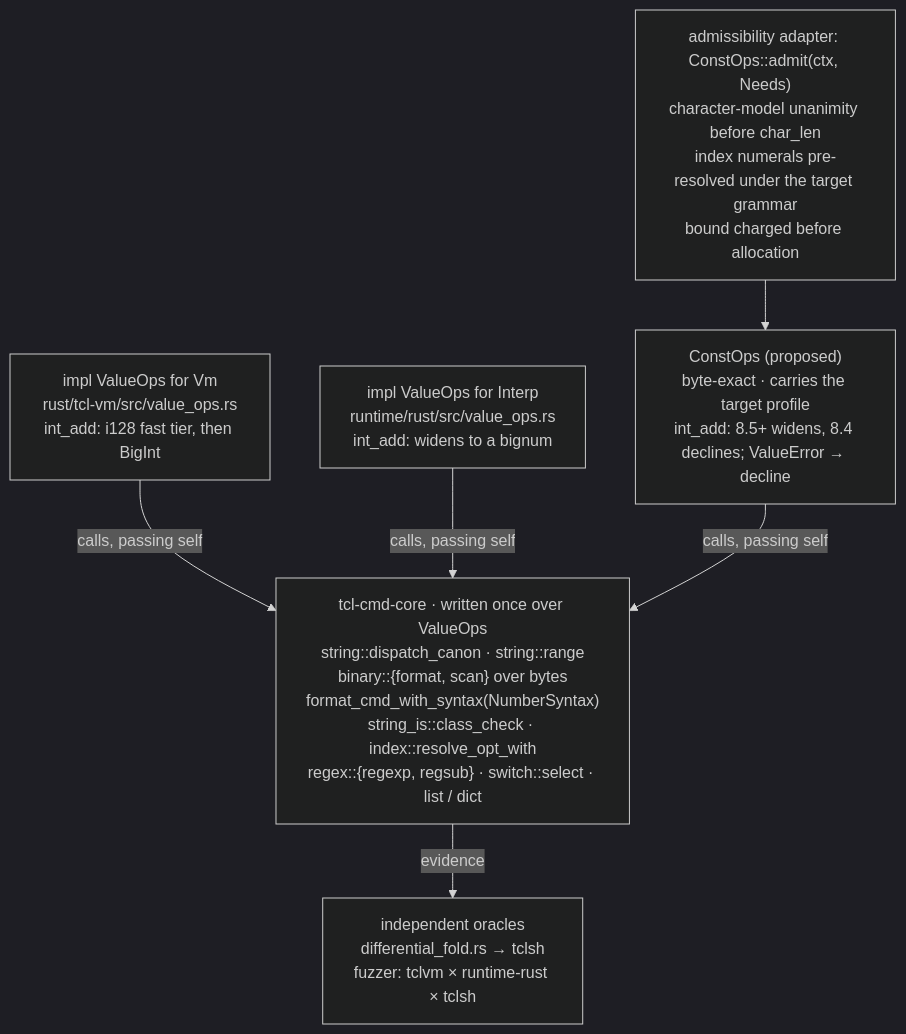
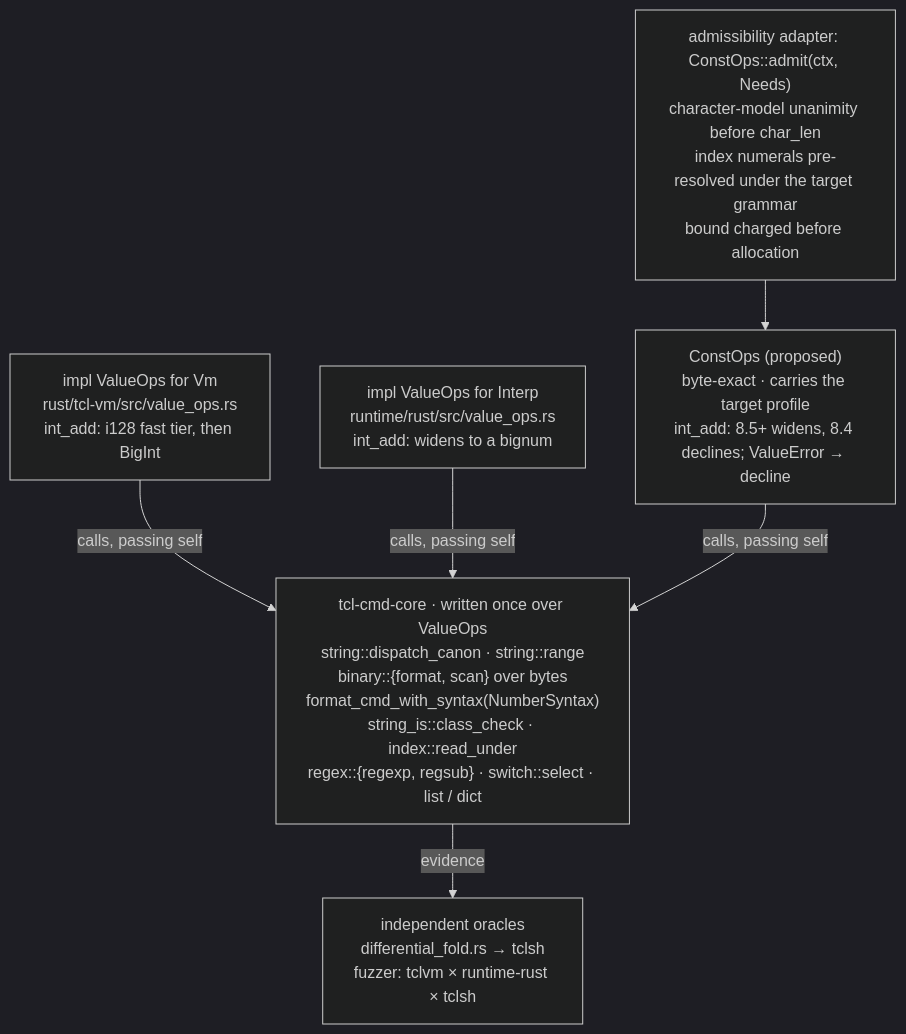
The second of 3 diagrams in docs/design/compiler/value-evaluation.md (bitwisecook/tcl-lsp), drawn with Mermaid (dark theme) before and after one commit. The commit also changed other lines of this file and 21 other files, not shown here.

````diff
--- a/docs/design/compiler/value-evaluation.md
+++ b/docs/design/compiler/value-evaluation.md
@@ -233,12 +233,12 @@
 ```mermaid
 flowchart TB
     VM["impl ValueOps for Vm<br/>rust/tcl-vm/src/value_ops.rs<br/>int_add: i128 fast tier, then BigInt"]
     RT["impl ValueOps for Interp<br/>runtime/rust/src/value_ops.rs<br/>int_add: widens to a bignum"]
     CO["ConstOps (proposed)<br/>byte-exact · carries the target profile<br/>int_add: 8.5+ widens, 8.4 declines; ValueError → decline"]
-    CORE["tcl-cmd-core · written once over ValueOps<br/>string::dispatch_canon · string::range<br/>binary::{format, scan} over bytes<br/>format_cmd_with_syntax(NumberSyntax)<br/>string_is::class_check · index::resolve_opt_with<br/>regex::{regexp, regsub} · switch::select · list / dict"]
+    CORE["tcl-cmd-core · written once over ValueOps<br/>string::dispatch_canon · string::range<br/>binary::{format, scan} over bytes<br/>format_cmd_with_syntax(NumberSyntax)<br/>string_is::class_check · index::read_under<br/>regex::{regexp, regsub} · switch::select · list / dict"]
     VM -->|calls, passing self| CORE
     RT -->|calls, passing self| CORE
     CO -->|calls, passing self| CORE
     AD["admissibility adapter: ConstOps::admit(ctx, Needs)<br/>character-model unanimity before char_len<br/>index numerals pre-resolved under the target grammar<br/>bound charged before allocation"] --> CO
     CORE -->|evidence| OR["independent oracles<br/>differential_fold.rs → tclsh<br/>fuzzer: tclvm × runtime-rust × tclsh"]
 ```
````
